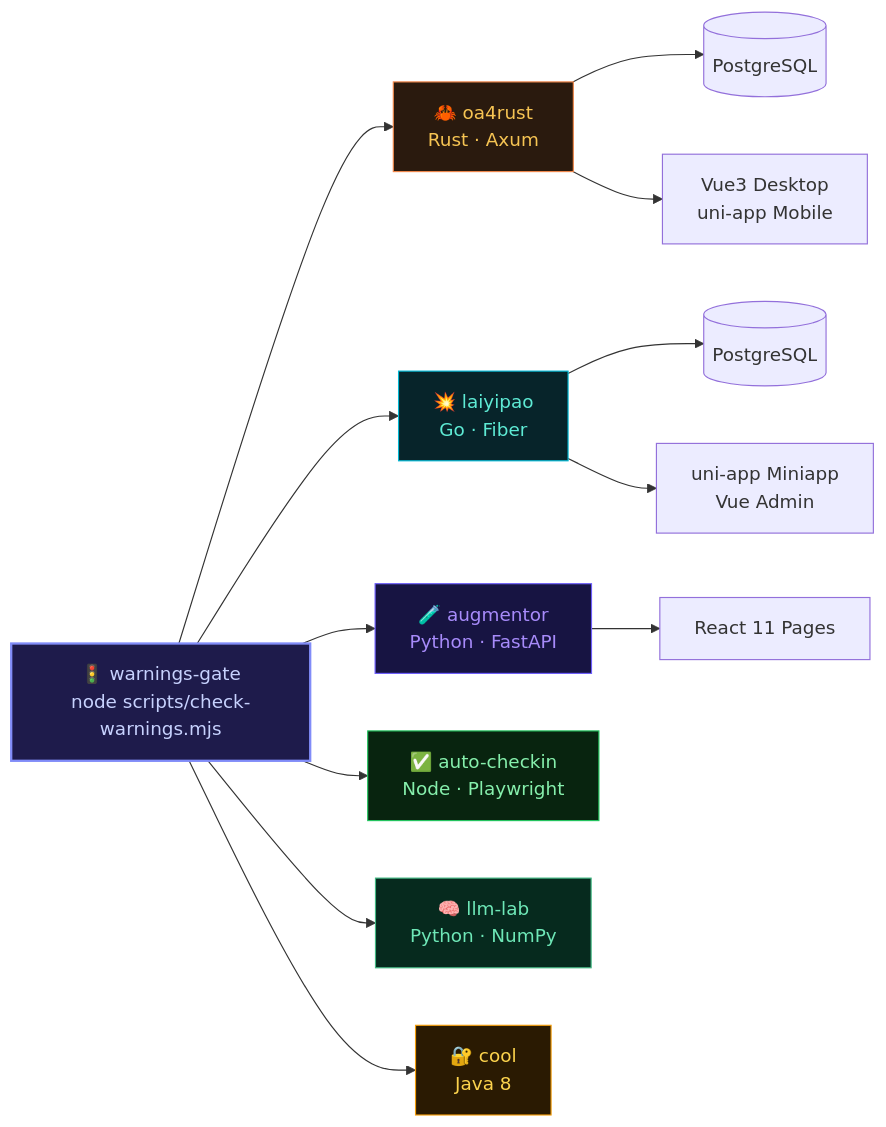
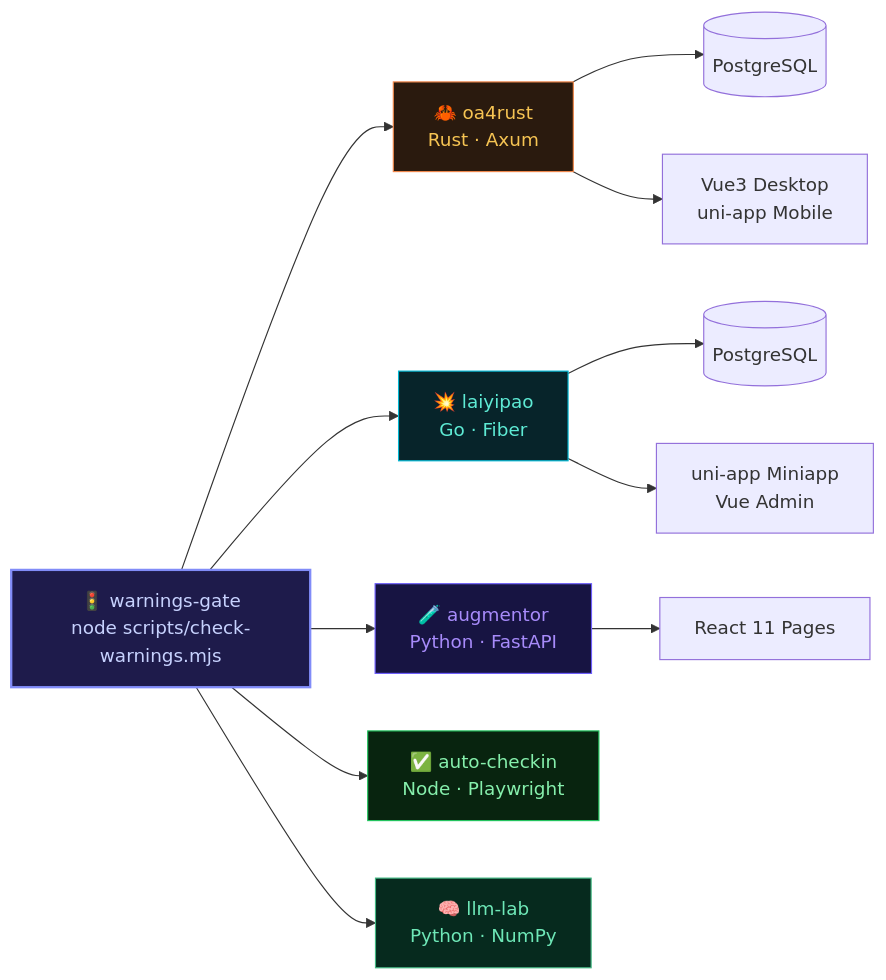
The diagram in README.md (annsshadow/fakeToys), drawn with Mermaid before and after one commit. The commit also changed other lines of this file and 2 other files, not shown here.

First line of the commit message:
docs(cool): README 与 SVG 配图摘除 cool 引用

````diff
--- a/README.md
+++ b/README.md
@@ -86,23 +84,21 @@
 ```mermaid
 graph LR
     Gate["🚦 warnings-gate<br/>node scripts/check-warnings.mjs"] --> Rust["🦀 oa4rust<br/>Rust · Axum"]
     Gate --> Go["💥 laiyipao<br/>Go · Fiber"]
     Gate --> Py["🧪 augmentor<br/>Python · FastAPI"]
     Gate --> Ts["✅ auto-checkin<br/>Node · Playwright"]
     Gate --> Lab["🧠 llm-lab<br/>Python · NumPy"]
-    Gate --> Java["🔐 cool<br/>Java 8"]
 
     Rust --> DB1[("PostgreSQL")]
     Go --> DB2[("PostgreSQL")]
     Rust --> FE1["Vue3 Desktop<br/>uni-app Mobile"]
     Go --> FE2["uni-app Miniapp<br/>Vue Admin"]
     Py --> FE3["React 11 Pages"]
 
     style Gate fill:#1e1b4b,stroke:#818cf8,stroke-width:2px,color:#c7d2fe
     style Rust fill:#2a1a0e,stroke:#f0874a,color:#f6c453
     style Go fill:#07242a,stroke:#00b8d4,color:#5eead4
     style Py fill:#171442,stroke:#6d5efc,color:#a78bfa
     style Ts fill:#08240f,stroke:#22c55e,color:#86efac
     style Lab fill:#062a1e,stroke:#42b883,color:#6ee7b7
-    style Java fill:#2a1a02,stroke:#f59e0b,color:#fcd34d
 ```
````
